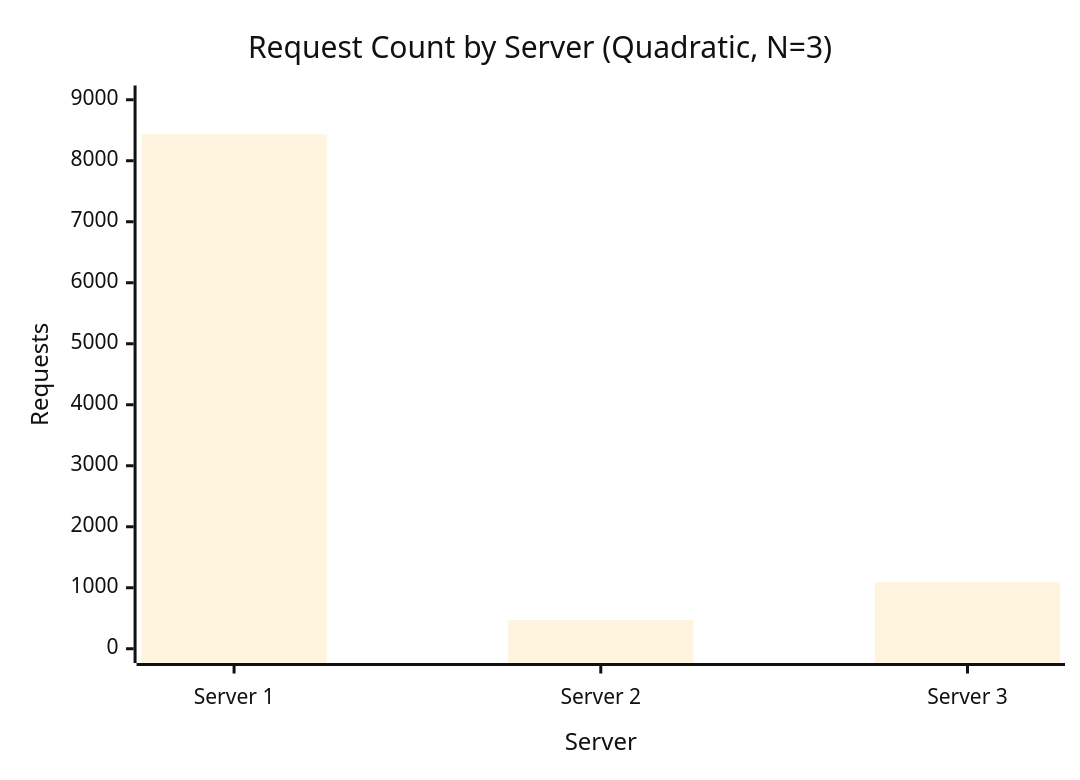
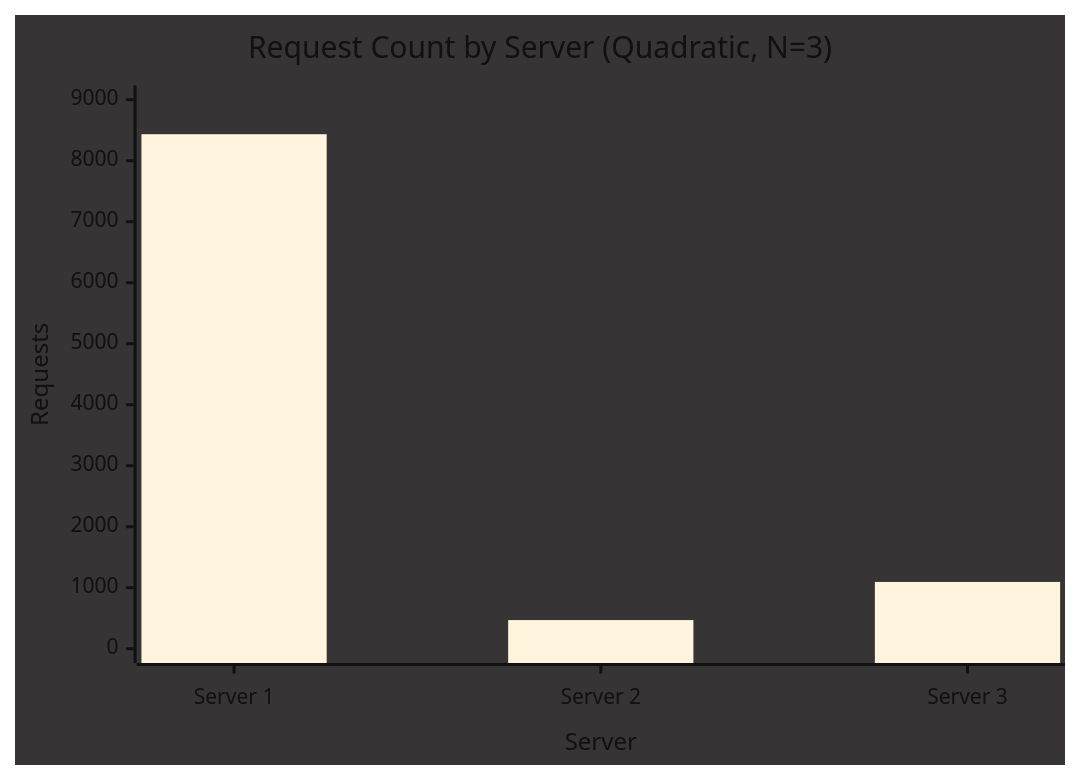
Before and after one commit to AmyMugeni/LoadBalancer: the second of 4 diagrams in README.md, drawn with Mermaid. The commit also changed other lines of this file, not shown here.

Commit message:
dark background

````diff
--- a/README.md
+++ b/README.md
@@ -361,8 +361,8 @@
 ```mermaid
-%%{init: {'theme': 'base', 'themeVariables': { 'background': '#ffffff', 'primaryColor': '#163a8a', 'primaryBorderColor': '#0f2d6e', 'primaryTextColor': '#111111', 'lineColor': '#163a8a', 'fontSize': '16px' }}}%%
+%%{init: {'theme': 'base', 'themeVariables': { 'background': '#363434', 'primaryColor': '#163a8a', 'primaryBorderColor': '#0f2d6e', 'primaryTextColor': '#111111', 'lineColor': '#163a8a', 'fontSize': '16px' }}}%%
 xychart-beta
   title "Request Count by Server (Quadratic, N=3)"
   x-axis "Server" ["Server 1", "Server 2", "Server 3"]
   y-axis "Requests" 0 --> 9000
   bar [8435, 470, 1095]
 ```
````
